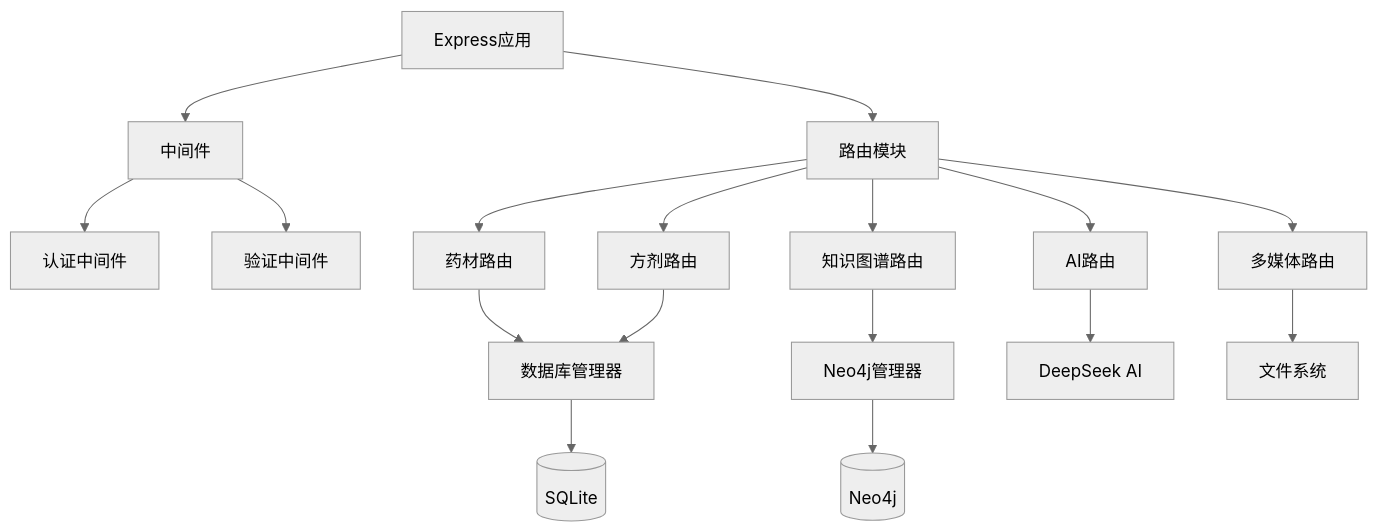
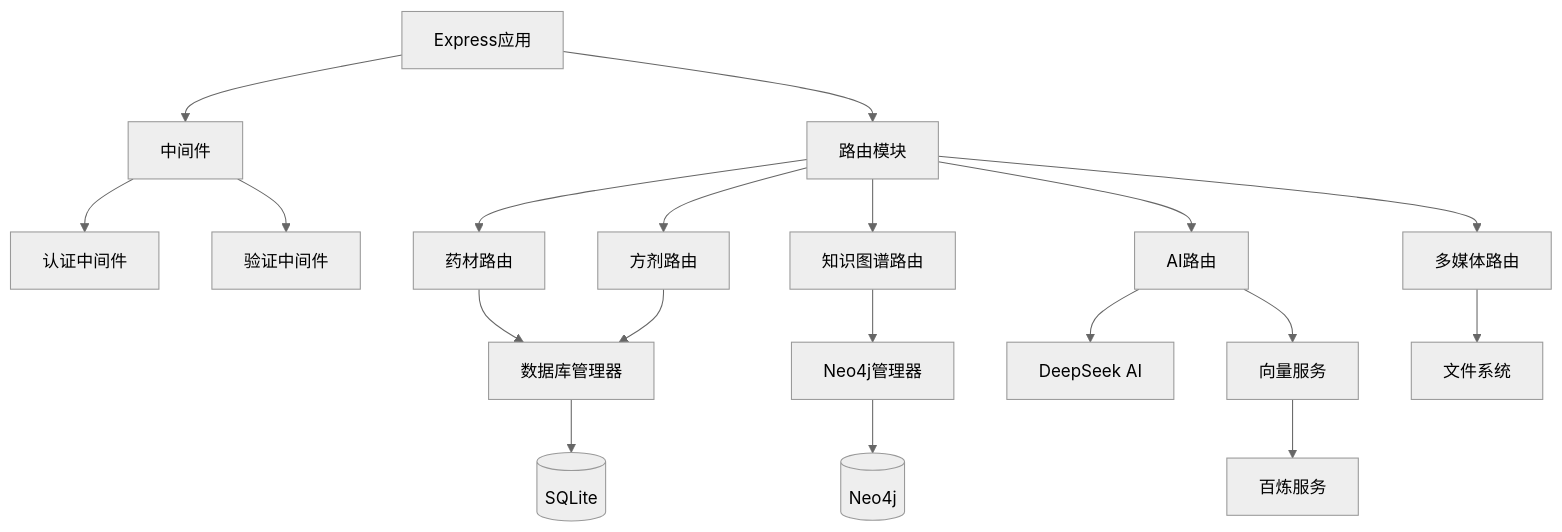
The sixth of 6 diagrams in .qoder/repowiki/zh/content/后端架构/API路由/API路由.md (Kangkangithub/SJTJ-v1.3), drawn with Mermaid (neutral theme) before and after one commit. The commit also changed other lines of this file and 8 other files, not shown here.

````diff
--- a/.qoder/repowiki/zh/content/后端架构/API路由/API路由.md
+++ b/.qoder/repowiki/zh/content/后端架构/API路由/API路由.md
@@ -618,19 +659,21 @@
 ```mermaid
 graph TD
 App[Express应用] --> Middleware[中间件]
 App --> Routes[路由模块]
 Middleware --> Auth[认证中间件]
 Middleware --> Validation[验证中间件]
 Routes --> HerbRoutes[药材路由]
 Routes --> FormulaRoutes[方剂路由]
 Routes --> KnowledgeRoutes[知识图谱路由]
 Routes --> AIRoutes[AI路由]
 Routes --> MediaRoutes[多媒体路由]
 HerbRoutes --> DatabaseManager[数据库管理器]
 FormulaRoutes --> DatabaseManager
 KnowledgeRoutes --> Neo4jManager[Neo4j管理器]
 AIRoutes --> DeepSeek[DeepSeek AI]
+AIRoutes --> EmbeddingService[向量服务]
+EmbeddingService --> DashScope[百炼服务]
 MediaRoutes --> FileSystem[文件系统]
 DatabaseManager --> SQLite[(SQLite)]
 Neo4jManager --> Neo4j[(Neo4j)]
 ```
````
